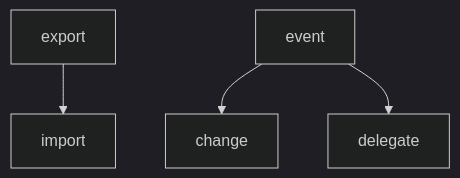
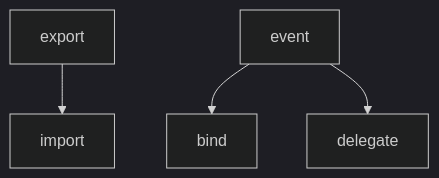
Before and after one commit to halyhuang1991/Tools: the first of 2 diagrams in README.md, drawn with Mermaid (dark theme).

````diff
--- a/README.md
+++ b/README.md
@@ -24,5 +24,5 @@
 ```mermaid
 graph TD;
 export --> import;
-event-->change;event-->delegate;
+event-->bind;event-->delegate;
 ```
````
